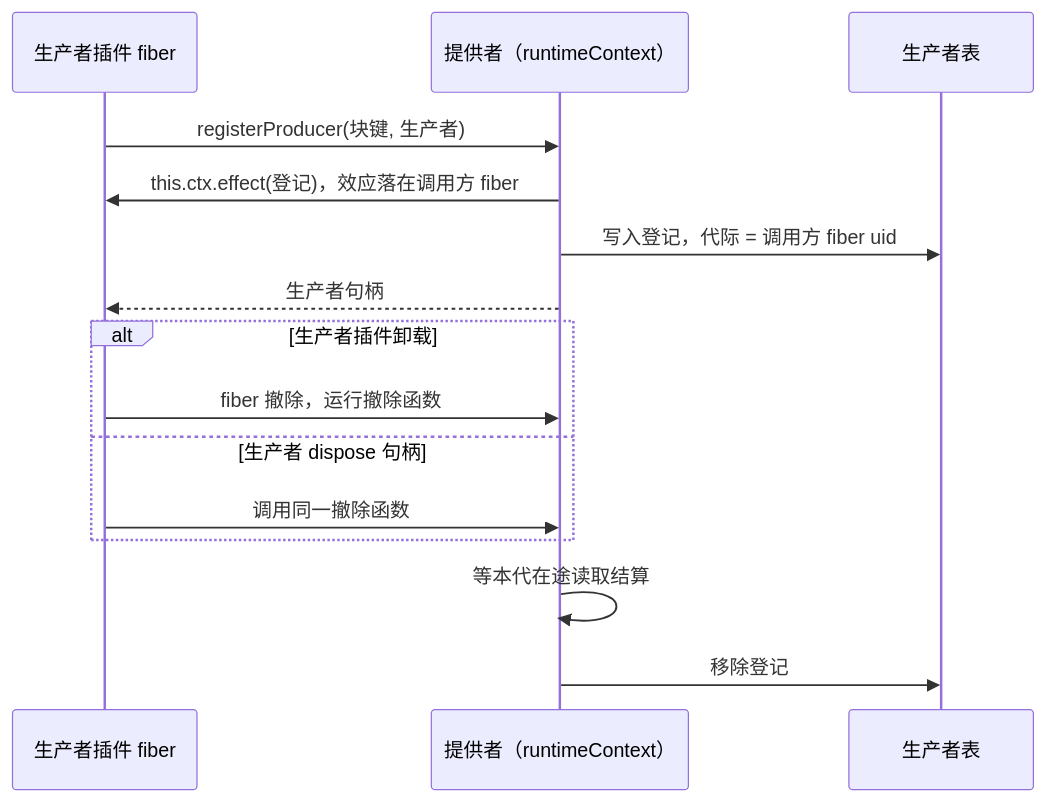
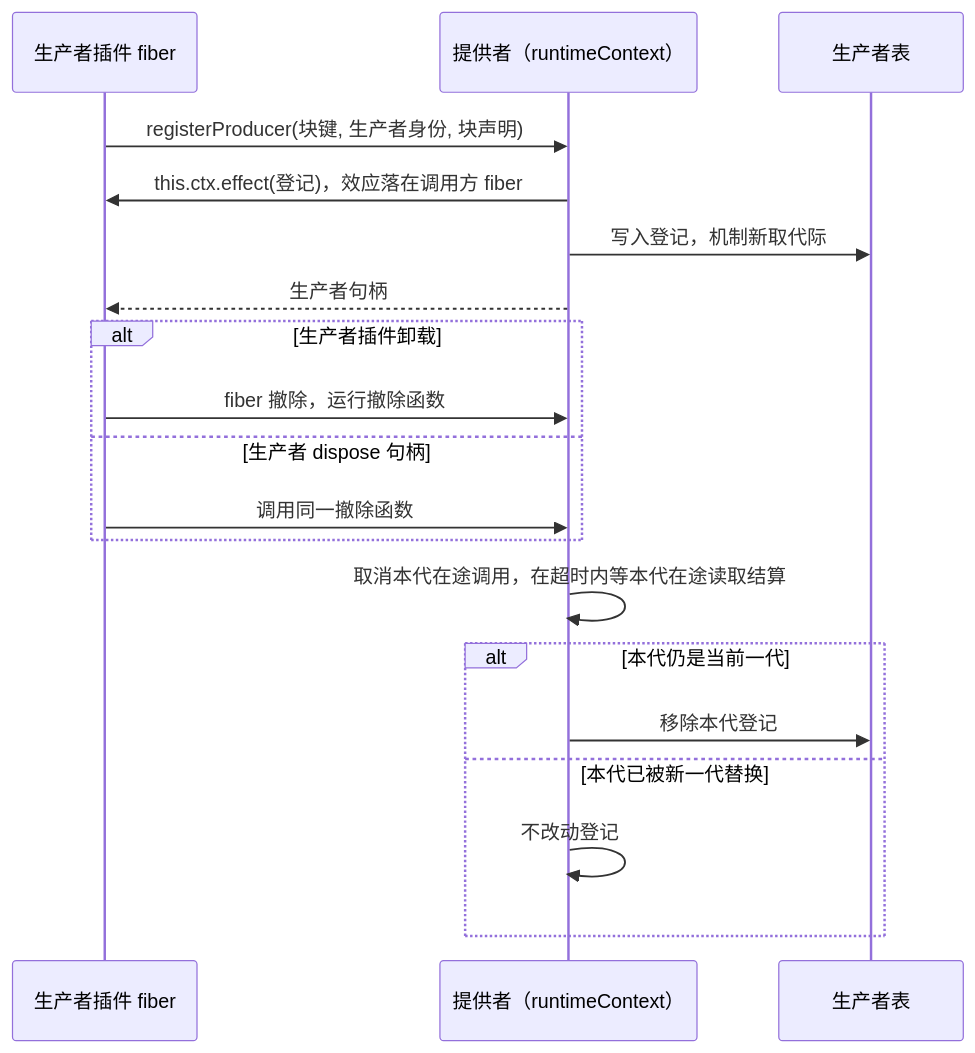
The first of 2 diagrams in packages/context/runtime-context-cordis-contract/docs/flows.md (nemori-ai/omne-harness-lite), drawn with Mermaid before and after one commit. The commit also changed other lines of this file and 68 other files, not shown here.

````diff
--- a/packages/context/runtime-context-cordis-contract/docs/flows.md
+++ b/packages/context/runtime-context-cordis-contract/docs/flows.md
@@ -15,17 +15,21 @@
 ```mermaid
 sequenceDiagram
   participant PF as 生产者插件 fiber
   participant S as 提供者（runtimeContext）
   participant T as 生产者表
-  PF->>S: registerProducer(块键, 生产者)
+  PF->>S: registerProducer(块键, 生产者身份, 块声明)
   S->>PF: this.ctx.effect(登记)，效应落在调用方 fiber
-  S->>T: 写入登记，代际 = 调用方 fiber uid
+  S->>T: 写入登记，机制新取代际
   S-->>PF: 生产者句柄
   alt 生产者插件卸载
     PF->>S: fiber 撤除，运行撤除函数
   else 生产者 dispose 句柄
     PF->>S: 调用同一撤除函数
   end
-  S->>S: 等本代在途读取结算
-  S->>T: 移除登记
+  S->>S: 取消本代在途调用，在超时内等本代在途读取结算
+  alt 本代仍是当前一代
+    S->>T: 移除本代登记
+  else 本代已被新一代替换
+    S->>S: 不改动登记
+  end
 ```
````
